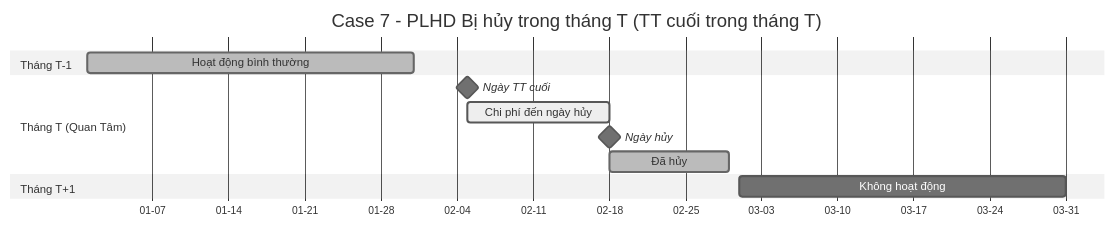
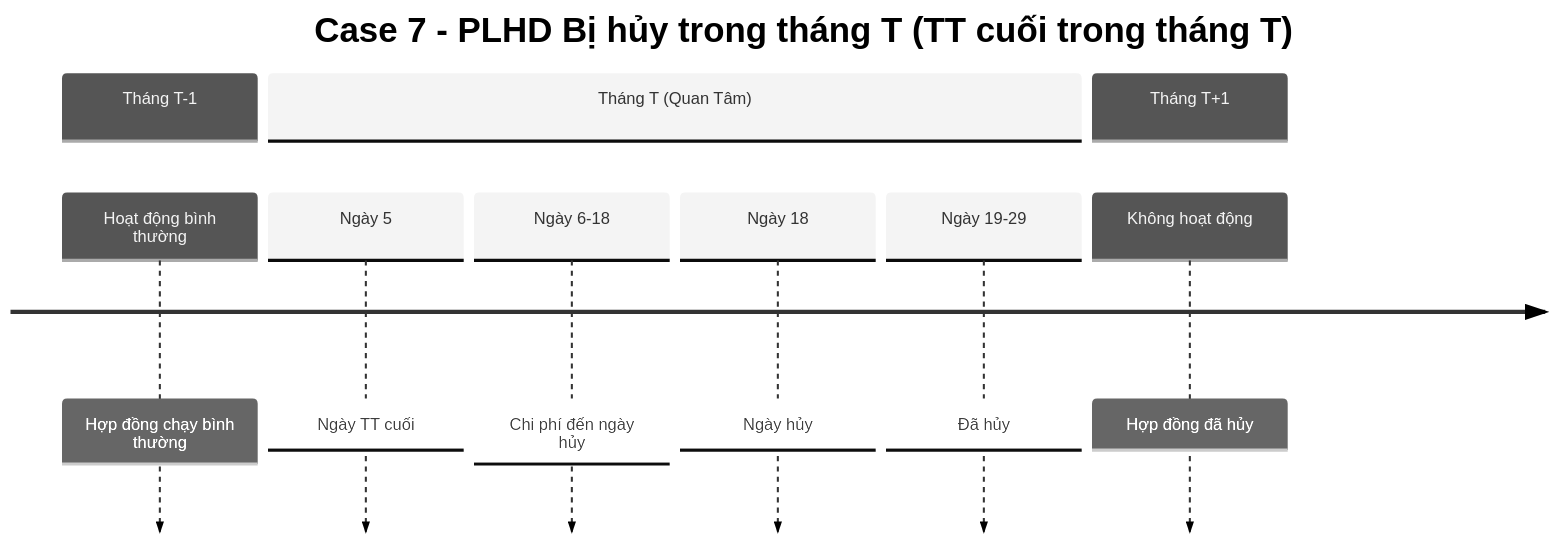
Before and after one commit to gvkth/qlbts_analyze_2o2adj-: the eighth of 9 diagrams in description_v2.md, drawn with Mermaid (neutral theme). The commit also changed other lines of this file, not shown here.

Commit message:
Update Gantt chart descriptions and conditions

````diff
--- a/description_v2.md
+++ b/description_v2.md
@@ -254,18 +242,16 @@
 ```mermaid
-gantt
+timeline
     title Case 7 - PLHD Bị hủy trong tháng T (TT cuối trong tháng T)
-    dateFormat YYYY-MM-DD
-    axisFormat %m-%d
     
     section Tháng T-1
-    Hoạt động bình thường    :done, prev-month, 2024-01-01, 2024-01-31
+        Hoạt động bình thường : Hợp đồng chạy bình thường
     
     section Tháng T (Quan Tâm)
-    Ngày TT cuối            :milestone, payment-date, 2024-02-05, 0d
-    Chi phí đến ngày hủy    :active, cost-period, 2024-02-05, 2024-02-18
-    Ngày hủy                :milestone, cancel-date, 2024-02-18, 0d
-    Đã hủy                  :done, cancelled, 2024-02-18, 2024-02-29
+        Ngày 5 : Ngày TT cuối
+        Ngày 6-18 : Chi phí đến ngày hủy
+        Ngày 18 : Ngày hủy
+        Ngày 19-29 : Đã hủy
     
     section Tháng T+1
-    Không hoạt động         :cancelled-inactive, 2024-03-01, 2024-03-31
+        Không hoạt động : Hợp đồng đã hủy
 ```
````
